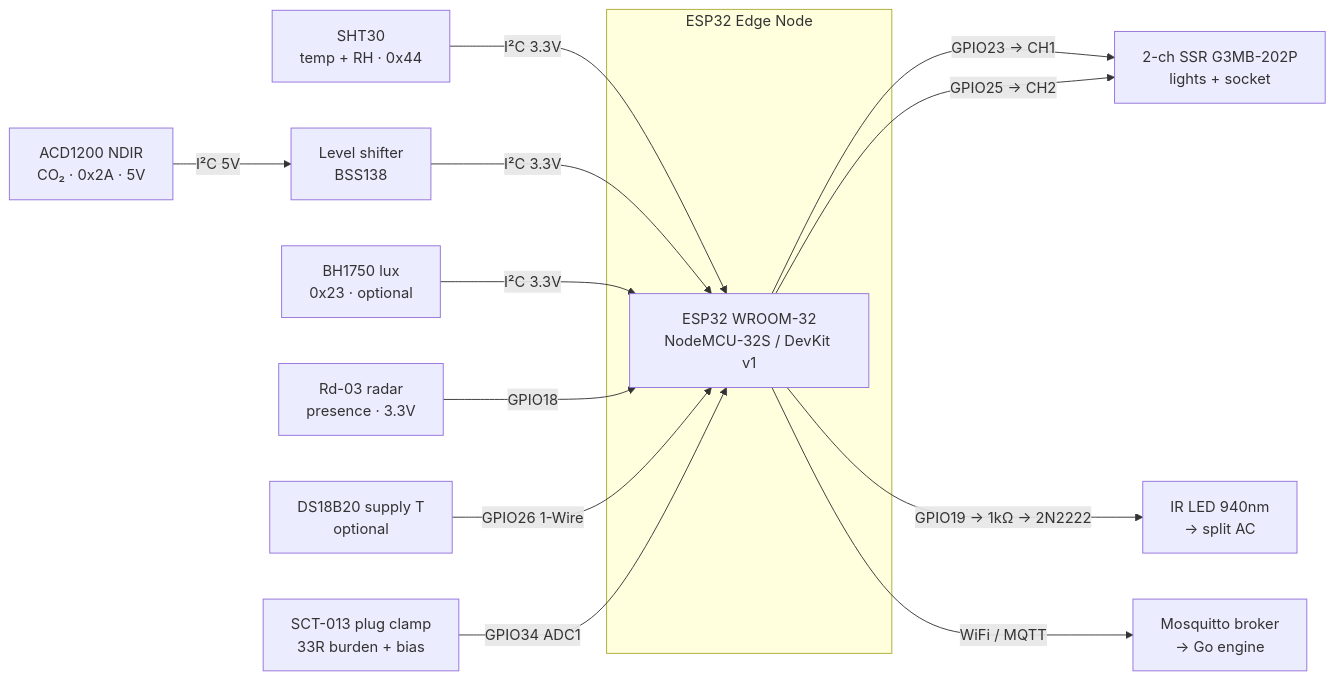
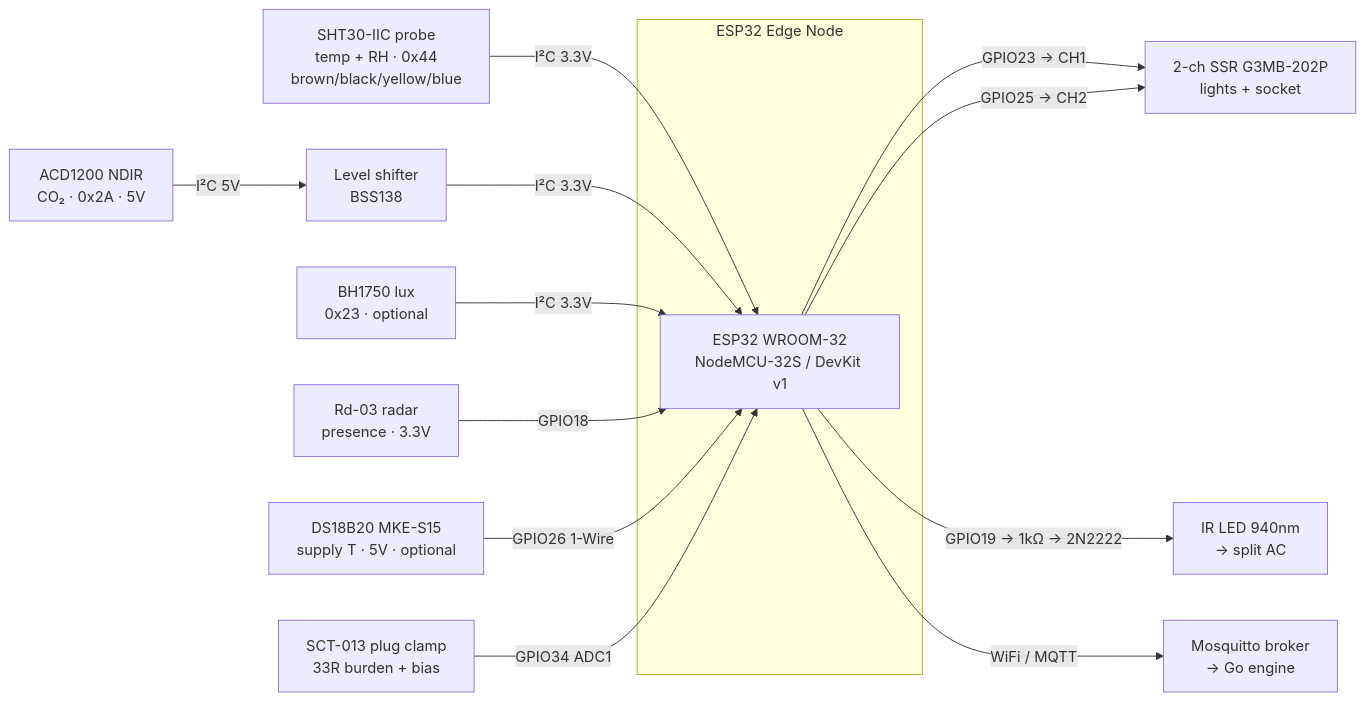
Before and after one commit to mosaicmatte/econ: the diagram in edge/WIRING.md, drawn with Mermaid. The commit also changed other lines of this file, not shown here.

````diff
--- a/edge/WIRING.md
+++ b/edge/WIRING.md
@@ -65,17 +65,17 @@
 ```mermaid
 flowchart LR
   subgraph N["ESP32 Edge Node"]
     E["ESP32 WROOM-32<br/>NodeMCU-32S / DevKit v1"]
   end
-  SHT["SHT30<br/>temp + RH · 0x44"] -- "I²C 3.3V" --> E
+  SHT["SHT30-IIC probe<br/>temp + RH · 0x44<br/>brown/black/yellow/blue"] -- "I²C 3.3V" --> E
   LS["Level shifter<br/>BSS138"] -- "I²C 3.3V" --> E
   CO2["ACD1200 NDIR<br/>CO₂ · 0x2A · 5V"] -- "I²C 5V" --> LS
   LUX["BH1750 lux<br/>0x23 · optional"] -- "I²C 3.3V" --> E
   RAD["Rd-03 radar<br/>presence · 3.3V"] -- "GPIO18" --> E
-  DS["DS18B20 supply T<br/>optional"] -- "GPIO26 1-Wire" --> E
+  DS["DS18B20 MKE-S15<br/>supply T · 5V · optional"] -- "GPIO26 1-Wire" --> E
   CT["SCT-013 plug clamp<br/>33R burden + bias"] -- "GPIO34 ADC1" --> E
   E -- "GPIO23 → CH1" --> SSR["2-ch SSR G3MB-202P<br/>lights + socket"]
   E -- "GPIO25 → CH2" --> SSR
   E -- "GPIO19 → 1kΩ → 2N2222" --> IR["IR LED 940nm<br/>→ split AC"]
   E -- "WiFi / MQTT" --> BR["Mosquitto broker<br/>→ Go engine"]
 ```
````
